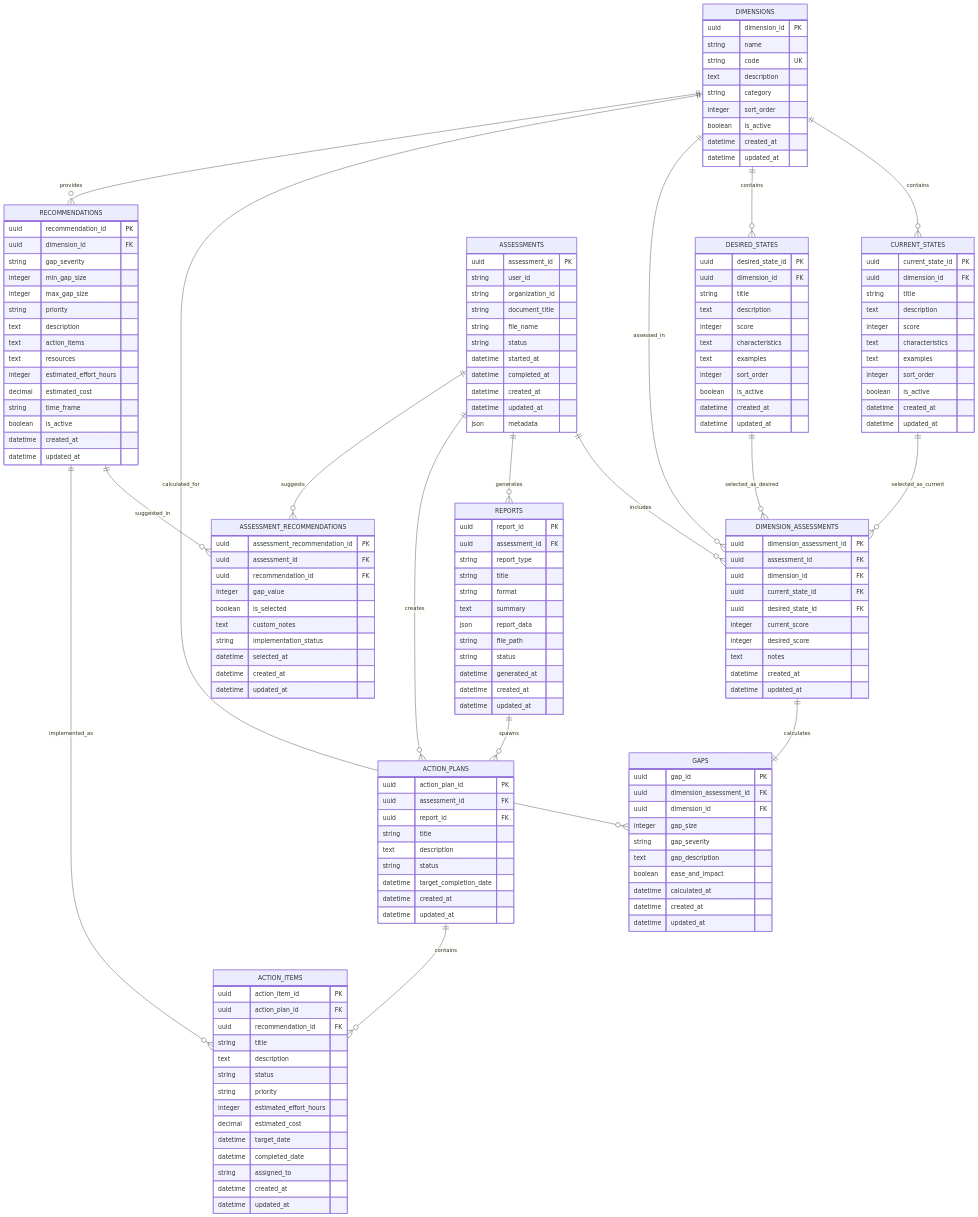
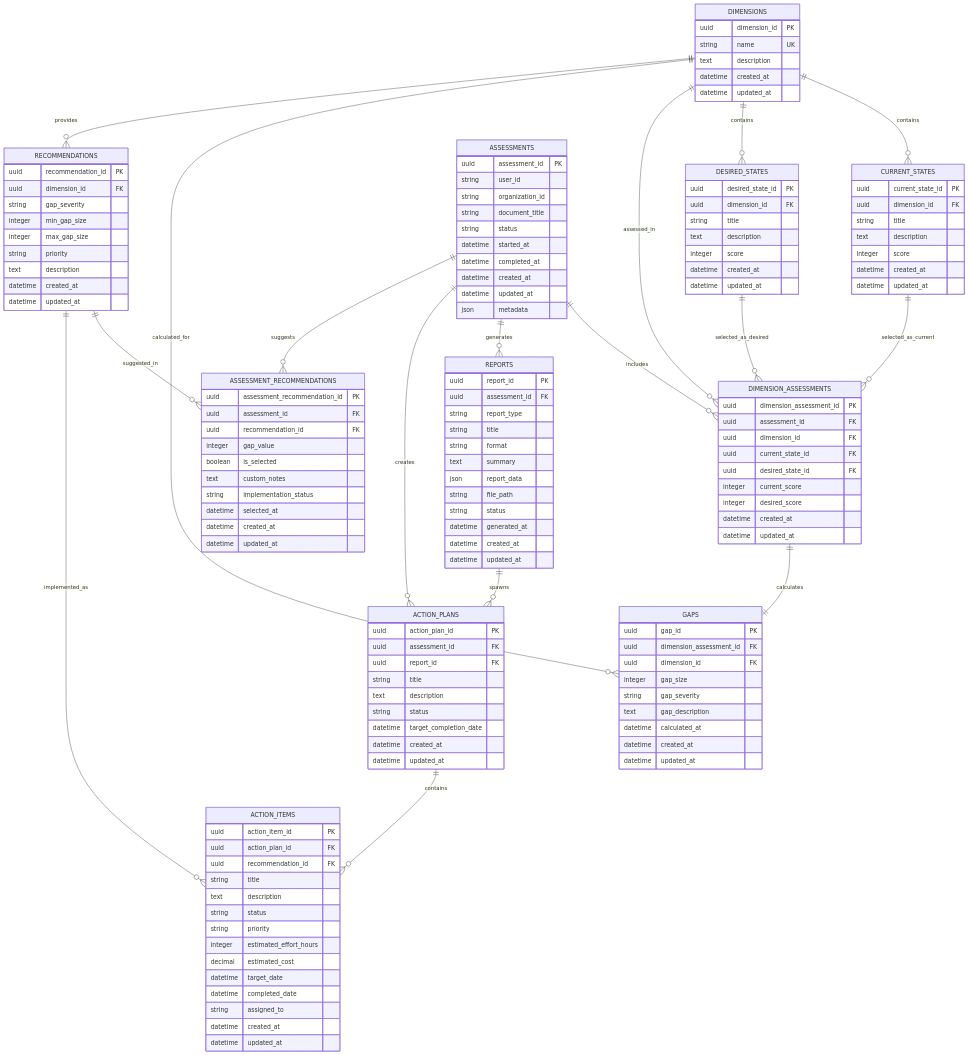
Before and after one commit to ADORSYS-GIS/DGRV-digital-gap-tool: the diagram in doc/Database_ER_Diagram.md, drawn with Mermaid. The commit also changed 1 other file, not shown here.

Commit message:
feat(docs): arc42 and database schema

```diff
--- a/doc/Database_ER_Diagram.md
+++ b/doc/Database_ER_Diagram.md
@@ -7,12 +7,8 @@
     
     DIMENSIONS {
         uuid dimension_id PK
-        string name
-        string code UK
+        string name UK
         text description
-        string category
-        integer sort_order
-        boolean is_active
         datetime created_at
         datetime updated_at
     }
@@ -23,10 +19,6 @@
         string title
         text description
         integer score
-        text characteristics
-        text examples
-        integer sort_order
-        boolean is_active
         datetime created_at
         datetime updated_at
     }
@@ -37,10 +29,6 @@
         string title
         text description
         integer score
-        text characteristics
-        text examples
-        integer sort_order
-        boolean is_active
         datetime created_at
         datetime updated_at
     }
@@ -50,7 +38,6 @@
         string user_id
         string organization_id
         string document_title
-        string file_name
         string status
         datetime started_at
         datetime completed_at
@@ -67,7 +54,6 @@
         uuid desired_state_id FK
         integer current_score
         integer desired_score
-        text notes
         datetime created_at
         datetime updated_at
     }
@@ -79,7 +65,6 @@
         integer gap_size
         string gap_severity
         text gap_description
-        boolean ease_and_impact
         datetime calculated_at
         datetime created_at
         datetime updated_at
@@ -93,12 +78,6 @@
         integer max_gap_size
         string priority
         text description
-        text action_items
-        text resources
-        integer estimated_effort_hours
-        decimal estimated_cost
-        string time_frame
-        boolean is_active
         datetime created_at
         datetime updated_at
     }
```
